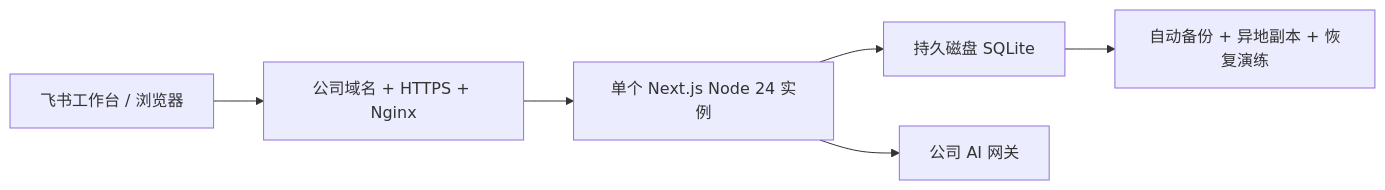
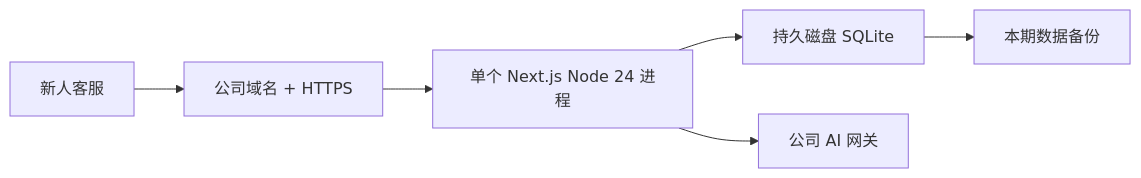
One commit to JzzzX/ai-customer-service-training changed the diagram in handoff.md. Above: the diagram before and after it, drawn with Mermaid. The commit also changed other lines of this file and 1 other file, not shown here.

````diff
--- a/handoff.md
+++ b/handoff.md
@@ -111,8 +75,8 @@
 ```mermaid
 flowchart LR
-  Feishu["飞书工作台 / 浏览器"] --> Nginx["公司域名 + HTTPS + Nginx"]
-  Nginx --> Next["单个 Next.js Node 24 实例"]
+  User["新人客服"] --> HTTPS["公司域名 + HTTPS"]
+  HTTPS --> Next["单个 Next.js Node 24 进程"]
   Next --> SQLite["持久磁盘 SQLite"]
   Next --> Gateway["公司 AI 网关"]
-  SQLite --> Backup["自动备份 + 异地副本 + 恢复演练"]
+  SQLite --> Backup["本期数据备份"]
 ```
````
